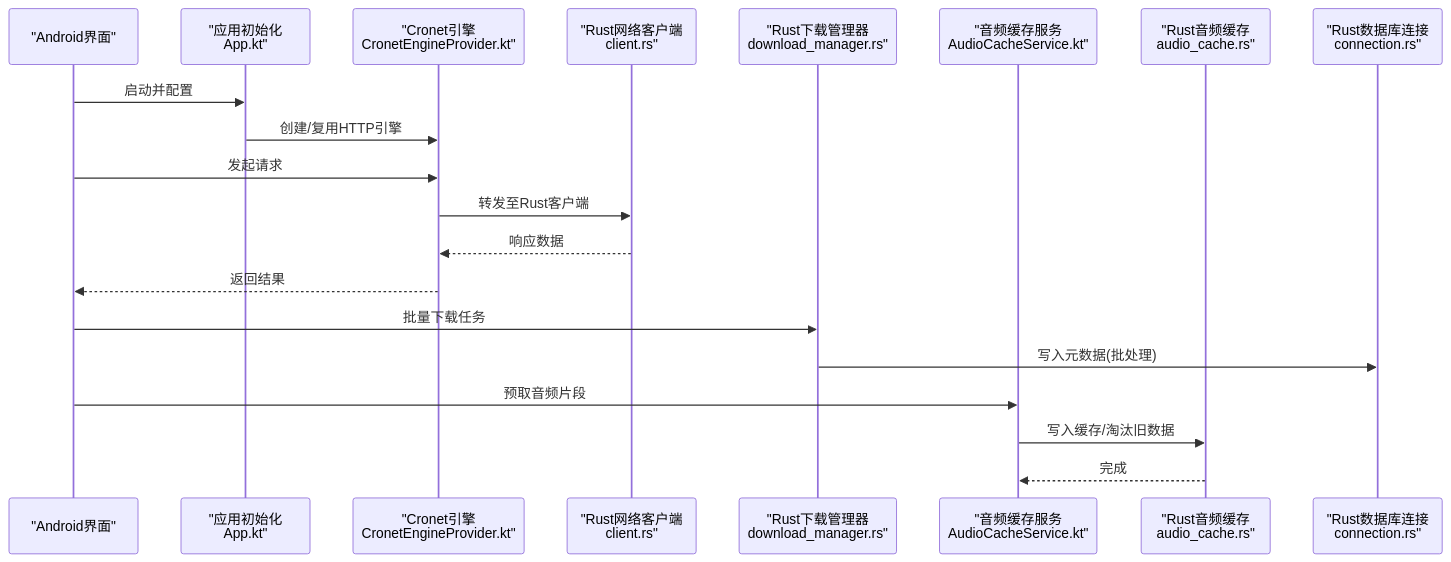
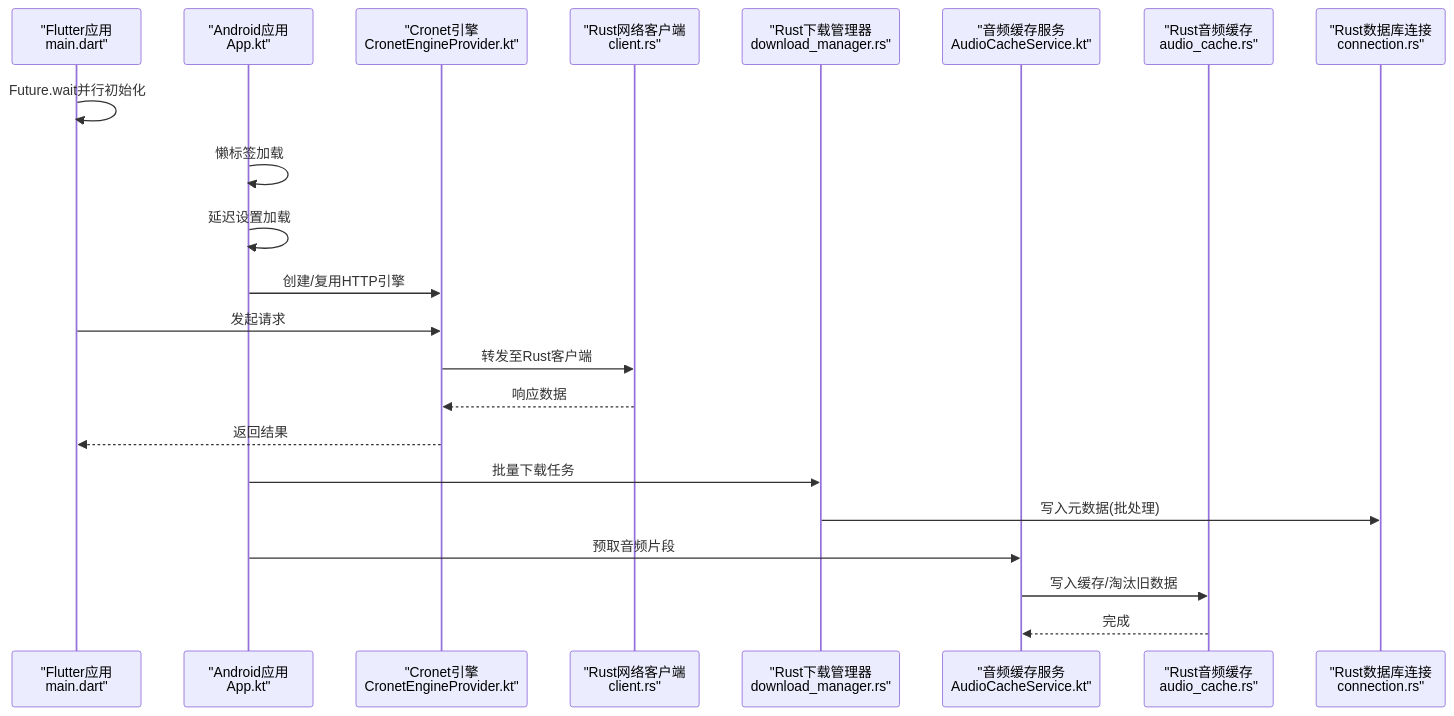
One commit to ZhangGHGitHub/LegadoTeamFlutter changed the second of 8 diagrams in .qoder/repowiki/zh/content/Rust核心库/性能优化.md. Above: the diagram before and after it, drawn with Mermaid. The commit also changed other lines of this file and 68 other files, not shown here.

````diff
--- a/.qoder/repowiki/zh/content/Rust核心库/性能优化.md
+++ b/.qoder/repowiki/zh/content/Rust核心库/性能优化.md
@@ -93,22 +116,24 @@
 ```mermaid
 sequenceDiagram
-participant UI as "Android界面"
-participant App as "应用初始化<br/>App.kt"
+participant Flutter as "Flutter应用<br/>main.dart"
+participant Android as "Android应用<br/>App.kt"
 participant Net as "Cronet引擎<br/>CronetEngineProvider.kt"
 participant RNet as "Rust网络客户端<br/>client.rs"
 participant DL as "Rust下载管理器<br/>download_manager.rs"
 participant AC as "音频缓存服务<br/>AudioCacheService.kt"
 participant RC as "Rust音频缓存<br/>audio_cache.rs"
 participant DB as "Rust数据库连接<br/>connection.rs"
-UI->>App : 启动并配置
-App->>Net : 创建/复用HTTP引擎
-UI->>Net : 发起请求
+Flutter->>Flutter : Future.wait并行初始化
+Android->>Android : 懒标签加载
+Android->>Android : 延迟设置加载
+Android->>Net : 创建/复用HTTP引擎
+Flutter->>Net : 发起请求
 Net->>RNet : 转发至Rust客户端
 RNet-->>Net : 响应数据
-Net-->>UI : 返回结果
-UI->>DL : 批量下载任务
+Net-->>Flutter : 返回结果
+Android->>DL : 批量下载任务
 DL->>DB : 写入元数据(批处理)
-UI->>AC : 预取音频片段
+Android->>AC : 预取音频片段
 AC->>RC : 写入缓存/淘汰旧数据
 RC-->>AC : 完成
 ```
````
